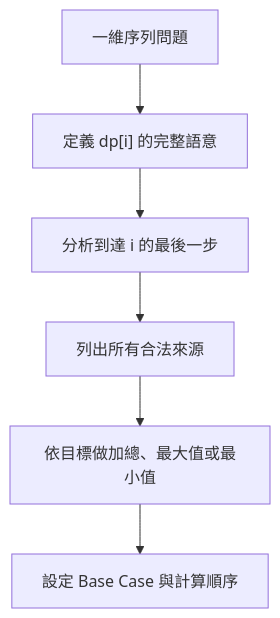
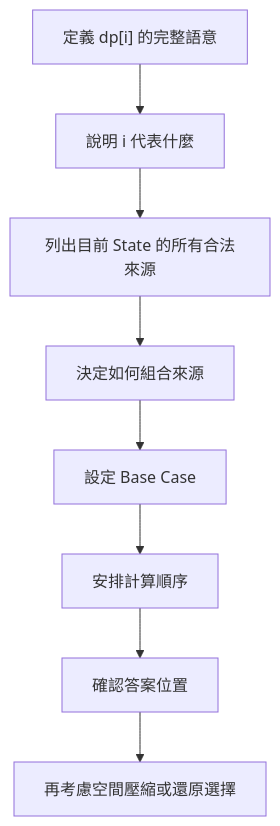
One commit to davidchen0970/algorithm_note changed the first of 4 diagrams in 09_dynamic_programming/38_one_dimensional_dp.md. Above: the diagram before and after it, drawn with Mermaid. The commit also changed other lines of this file, not shown here.

````diff
--- a/09_dynamic_programming/38_one_dimensional_dp.md
+++ b/09_dynamic_programming/38_one_dimensional_dp.md
@@ -19,8 +27,10 @@
 ```mermaid
 flowchart TD
-    A["一維序列問題"] --> B["定義 dp[i] 的完整語意"]
-    B --> C["分析到達 i 的最後一步"]
-    C --> D["列出所有合法來源"]
-    D --> E["依目標做加總、最大值或最小值"]
-    E --> F["設定 Base Case 與計算順序"]
+    A["定義 dp[i] 的完整語意"] --> B["說明 i 代表什麼"]
+    B --> C["列出目前 State 的所有合法來源"]
+    C --> D["決定如何組合來源"]
+    D --> E["設定 Base Case"]
+    E --> F["安排計算順序"]
+    F --> G["確認答案位置"]
+    G --> H["再考慮空間壓縮或還原選擇"]
 ```
````
